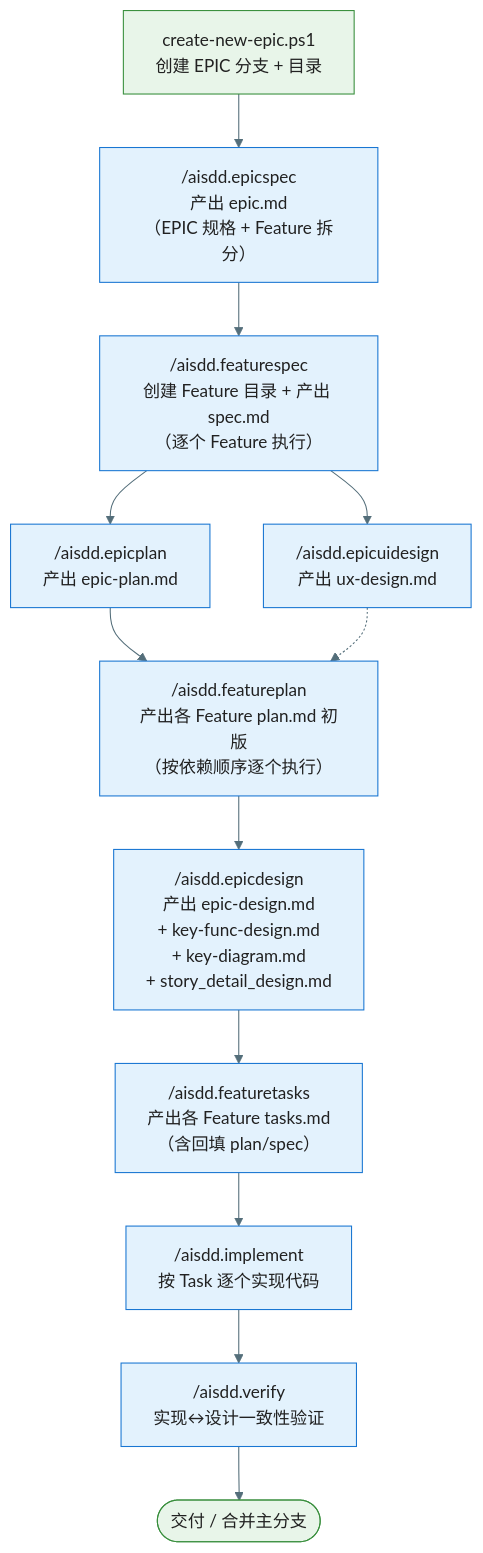
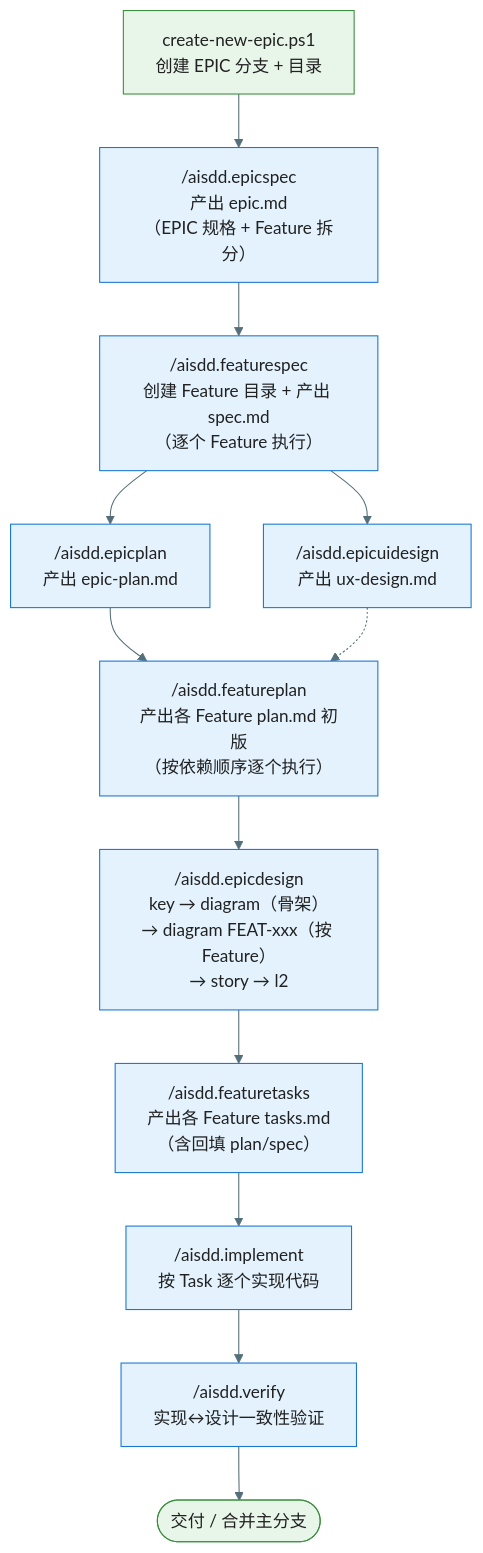
The third of 5 diagrams in .specify/workflow-overview.md (jackykarma/Verity), drawn with Mermaid before and after one commit. The commit also changed other lines of this file and 5 other files, not shown here.

````diff
--- a/.specify/workflow-overview.md
+++ b/.specify/workflow-overview.md
@@ -144,18 +158,18 @@
 ```mermaid
 %%{init: {'theme': 'base', 'themeVariables': { 'primaryColor': '#E3F2FD', 'primaryTextColor': '#212121', 'primaryBorderColor': '#1976D2', 'lineColor': '#546E7A'}}}%%
 flowchart TD
     Step1["create-new-epic.ps1<br/>创建 EPIC 分支 + 目录"] --> Step2["/aisdd.epicspec<br/>产出 epic.md<br/>（EPIC 规格 + Feature 拆分）"]
     Step2 --> Step3["/aisdd.featurespec<br/>创建 Feature 目录 + 产出 spec.md<br/>（逐个 Feature 执行）"]
     Step3 --> Step4["/aisdd.epicplan<br/>产出 epic-plan.md"]
     Step3 --> Step5["/aisdd.epicuidesign<br/>产出 ux-design.md"]
     Step4 --> Step6["/aisdd.featureplan<br/>产出各 Feature plan.md 初版<br/>（按依赖顺序逐个执行）"]
     Step5 -.-> Step6
-    Step6 --> Step7["/aisdd.epicdesign<br/>产出 epic-design.md<br/>+ key-func-design.md<br/>+ key-diagram.md<br/>+ story_detail_design.md"]
+    Step6 --> Step7["/aisdd.epicdesign<br/>key → diagram（骨架）<br/>→ diagram FEAT-xxx（按 Feature）<br/>→ story → l2"]
     Step7 --> Step8["/aisdd.featuretasks<br/>产出各 Feature tasks.md<br/>（含回填 plan/spec）"]
     Step8 --> Step9["/aisdd.implement<br/>按 Task 逐个实现代码"]
     Step9 --> Step10["/aisdd.verify<br/>实现↔设计一致性验证"]
     Step10 --> Step11([交付 / 合并主分支])
 
     style Step1 fill:#E8F5E9,stroke:#388E3C
     style Step11 fill:#E8F5E9,stroke:#388E3C
 ```
````
